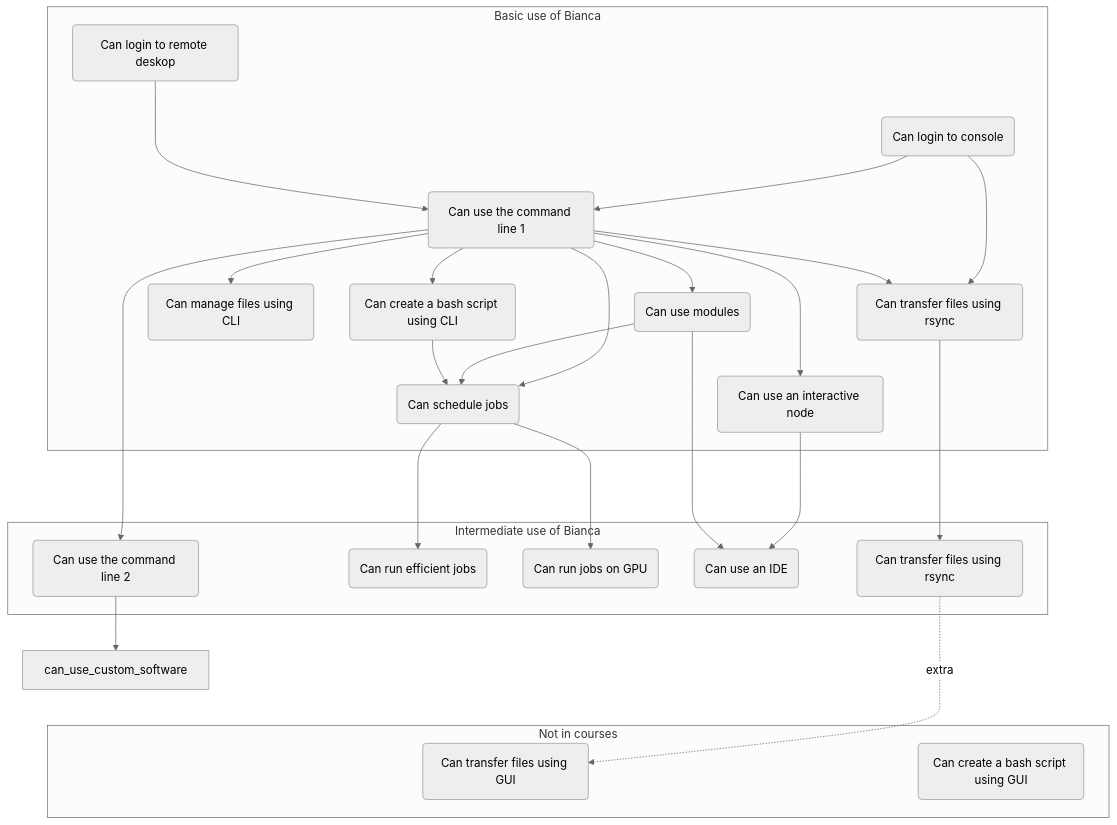
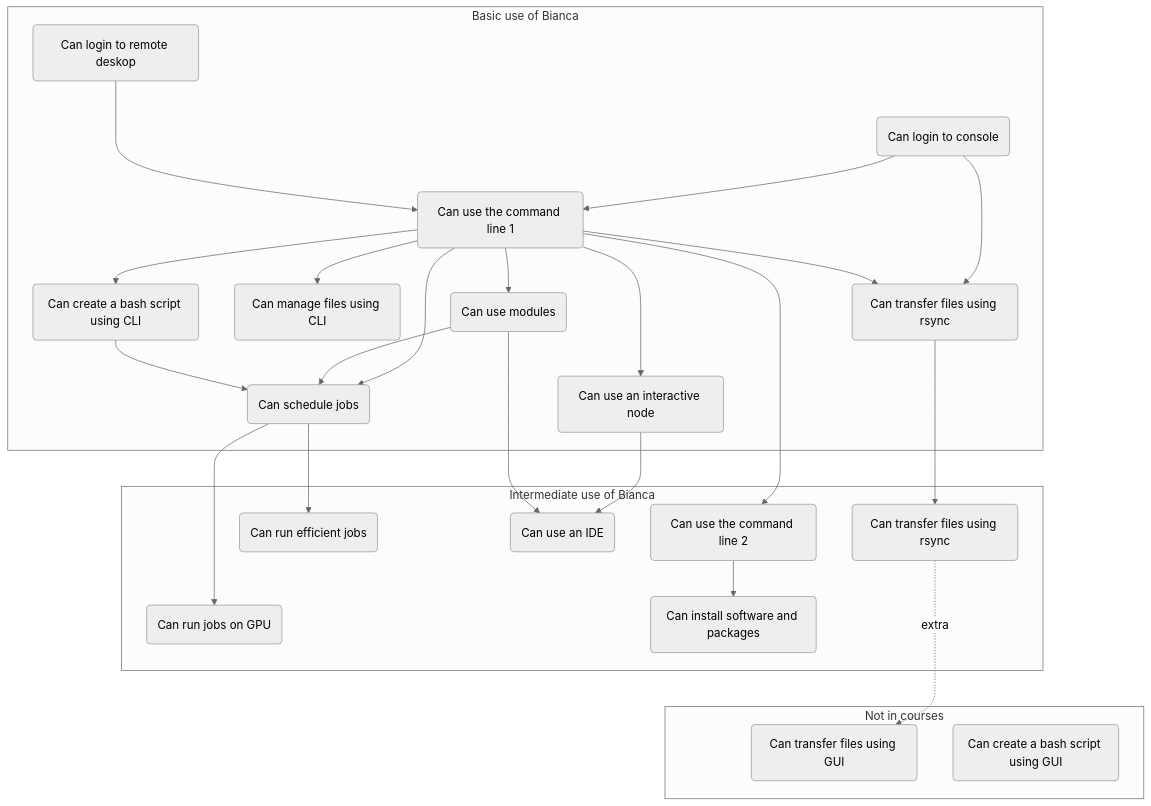
One commit to UPPMAX/bianca_workshops changed the diagram in docs/intermediate/intro.md. Above: the diagram before and after it, drawn with Mermaid (neutral theme).

Commit message:
Update overview

````diff
--- a/docs/intermediate/intro.md
+++ b/docs/intermediate/intro.md
@@ -68,68 +68,69 @@
 ```mermaid
 flowchart TD
 
     subgraph sub_basic_use["Basic use of Bianca"]
       can_login_to_remove_desktop(Can login to remote deskop)
       can_login_to_console(Can login to console)
       can_use_command_line_1(Can use the command line 1)
       can_use_modules(Can use modules)
       can_use_interactive_node(Can use an interactive node)
       can_manage_files_using_cli(Can manage files using CLI)
       can_tranfer_files_using_rsync(Can transfer files using rsync)
       can_schedule_jobs(Can schedule jobs)
       can_create_bash_script_using_cli(Can create a bash script using CLI)
     end
 
     subgraph sub_intermediate_use["Intermediate use of Bianca"]
       can_use_command_line_2(Can use the command line 2)
       can_run_efficient_jobs(Can run efficient jobs)
       can_run_jobs_on_gpu(Can run jobs on GPU)
       can_use_ide(Can use an IDE)
       can_tranfer_files_using_rsync2(Can transfer files using rsync)
+      can_install(Can install software and packages)
     end
 
     subgraph sub_non_goal["Not in courses"]
       can_tranfer_files_using_gui(Can transfer files using GUI)
       can_create_bash_script_using_gui(Can create a bash script using GUI)
     end
 
 
     %% Basic
     can_login_to_console --> can_tranfer_files_using_rsync
     can_login_to_console --> can_use_command_line_1
     can_login_to_remove_desktop ---> can_use_command_line_1
     can_use_command_line_1 --> can_use_modules
     can_use_command_line_1 --> can_use_interactive_node
     can_use_command_line_1 --> can_use_command_line_2
     can_use_command_line_1 --> can_create_bash_script_using_cli
     can_use_command_line_1 --> can_schedule_jobs
     can_use_command_line_1 --> can_manage_files_using_cli
     can_use_command_line_1 --> can_tranfer_files_using_rsync
     can_use_modules --> can_schedule_jobs
     can_create_bash_script_using_cli --> can_schedule_jobs
 
     %% Basic -> Intermediate
     can_tranfer_files_using_rsync --> can_tranfer_files_using_rsync2
     can_schedule_jobs --> can_run_efficient_jobs
     can_schedule_jobs ---> can_run_jobs_on_gpu
     can_use_interactive_node --> can_use_ide
     can_use_modules --> can_use_ide
     can_tranfer_files_using_rsync2 -.-> |extra| can_tranfer_files_using_gui
 
     %% Make sure Intermediate is below Basic,
     %% using invisible nodes
     can_schedule_jobs ~~~ can_use_command_line_2
 
     %% Intermediate
-    can_use_command_line_2 --> can_use_custom_software
+    can_use_command_line_2 --> can_install
 
     %% Basic -> None
     %% can_login_to_remove_desktop ---> can_tranfer_files_using_gui
     %% can_tranfer_files_using_gui --> can_use_custom_software
     %% can_login_to_remove_desktop ---> can_create_bash_script_using_gui
     %% can_create_bash_script_using_gui --> can_schedule_jobs
 
     %% Make sure Non-goals is below Intermediat,
     %% using invisible nodes
-    can_use_custom_software ~~~ can_tranfer_files_using_gui
+    can_install ~~~ can_tranfer_files_using_gui
 ```
````
